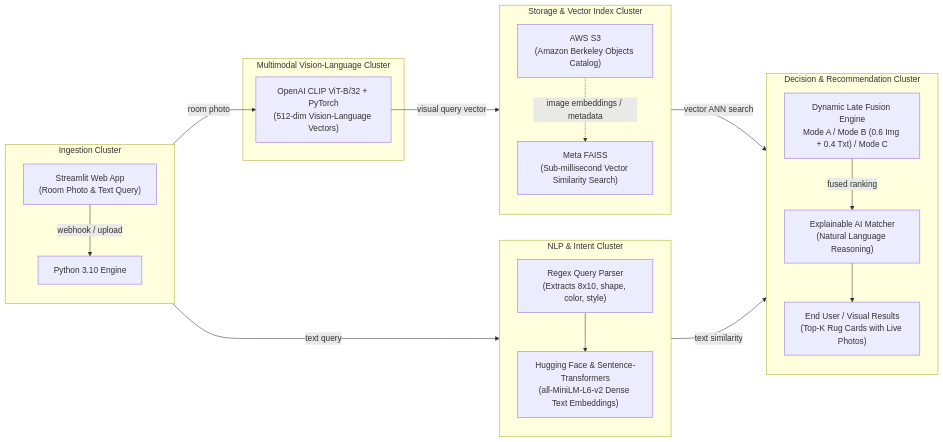
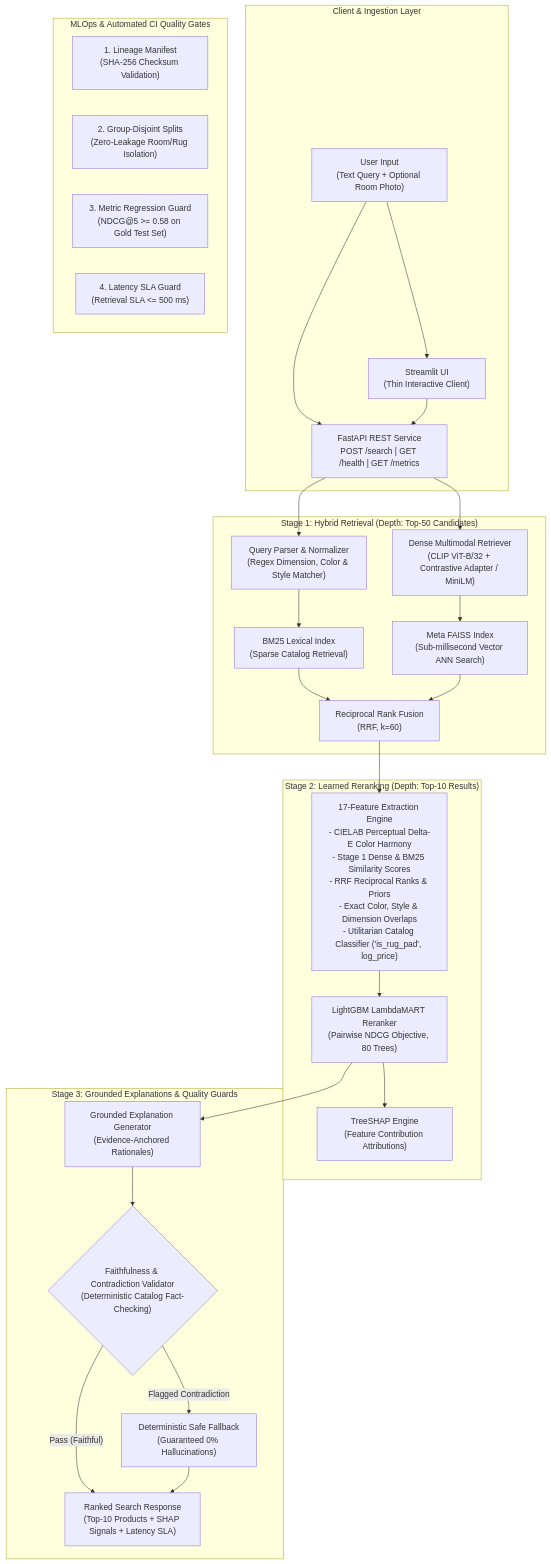
The diagram in docs/architecture.mmd (Adxrsh-17/room2rug-multimodal), drawn with Mermaid before and after one commit. The commit also changed 5 other files, not shown here.

Commit message:
docs(arch): update architecture diagrams, technical specs, and professional README; optimize candidate embedding caching

```diff
--- a/docs/architecture.mmd
+++ b/docs/architecture.mmd
@@ -1,48 +1,54 @@
-flowchart LR
-    %% Ingestion Cluster
-    subgraph INGESTION["Ingestion Cluster"]
-        direction TB
-        ST_APP["Streamlit Web App<br/>(Room Photo & Text Query)"]
-        PY_ENG["Python 3.10 Engine"]
-        ST_APP -->|webhook / upload| PY_ENG
+flowchart TD
+    subgraph ClientLayer ["Client & Ingestion Layer"]
+        UserQuery["User Input\n(Text Query + Optional Room Photo)"]
+        StreamlitUI["Streamlit UI\n(Thin Interactive Client)"]
+        FastAPIEndpoint["FastAPI REST Service\nPOST /search | GET /health | GET /metrics"]
+        
+        UserQuery --> StreamlitUI
+        UserQuery --> FastAPIEndpoint
+        StreamlitUI --> FastAPIEndpoint
     end
 
-    %% NLP & Intent Cluster
-    subgraph NLP_CLUSTER["NLP & Intent Cluster"]
-        direction TB
-        RQP["Regex Query Parser<br/>(Extracts 8x10, shape, color, style)"]
-        HF_ST["Hugging Face & Sentence-Transformers<br/>(all-MiniLM-L6-v2 Dense Text Embeddings)"]
-        RQP --> HF_ST
+    subgraph Stage1 ["Stage 1: Hybrid Retrieval (Depth: Top-50 Candidates)"]
+        QueryParser["Query Parser & Normalizer\n(Regex Dimension, Color & Style Matcher)"]
+        BM25["BM25 Lexical Index\n(Sparse Catalog Retrieval)"]
+        DenseRetriever["Dense Multimodal Retriever\n(CLIP ViT-B/32 + Contrastive Adapter / MiniLM)"]
+        FAISSIndex["Meta FAISS Index\n(Sub-millisecond Vector ANN Search)"]
+        RRF["Reciprocal Rank Fusion\n(RRF, k=60)"]
+        
+        FastAPIEndpoint --> QueryParser
+        QueryParser --> BM25
+        FastAPIEndpoint --> DenseRetriever
+        DenseRetriever --> FAISSIndex
+        BM25 --> RRF
+        FAISSIndex --> RRF
     end
 
-    %% Multimodal Vision-Language Cluster
-    subgraph VISION_CLUSTER["Multimodal Vision-Language Cluster"]
-        CLIP["OpenAI CLIP ViT-B/32 + PyTorch<br/>(512-dim Vision-Language Vectors)"]
+    subgraph Stage2 ["Stage 2: Learned Reranking (Depth: Top-10 Results)"]
+        FeatureEngine["17-Feature Extraction Engine\n- CIELAB Perceptual Delta-E Color Harmony\n- Stage 1 Dense & BM25 Similarity Scores\n- RRF Reciprocal Ranks & Priors\n- Exact Color, Style & Dimension Overlaps\n- Utilitarian Catalog Classifier ('is_rug_pad', log_price)"]
+        LambdaMART["LightGBM LambdaMART Reranker\n(Pairwise NDCG Objective, 80 Trees)"]
+        TreeSHAP["TreeSHAP Engine\n(Feature Contribution Attributions)"]
+        
+        RRF --> FeatureEngine
+        FeatureEngine --> LambdaMART
+        LambdaMART --> TreeSHAP
     end
 
-    %% Storage & Vector Index Cluster
-    subgraph STORAGE_CLUSTER["Storage & Vector Index Cluster"]
-        direction TB
-        S3["AWS S3<br/>(Amazon Berkeley Objects Catalog)"]
-        FAISS["Meta FAISS<br/>(Sub-millisecond Vector Similarity Search)"]
-        S3 -.->|image embeddings / metadata| FAISS
+    subgraph Stage3 ["Stage 3: Grounded Explanations & Quality Guards"]
+        ExplanationGen["Grounded Explanation Generator\n(Evidence-Anchored Rationales)"]
+        FaithValidator{"Faithfulness & Contradiction Validator\n(Deterministic Catalog Fact-Checking)"}
+        DeterministicFallback["Deterministic Safe Fallback\n(Guaranteed 0% Hallucinations)"]
+        SearchResponse["Ranked Search Response\n(Top-10 Products + SHAP Signals + Latency SLA)"]
+        
+        LambdaMART --> ExplanationGen
+        ExplanationGen --> FaithValidator
+        FaithValidator -- Pass (Faithful) --> SearchResponse
+        FaithValidator -- Flagged Contradiction --> DeterministicFallback --> SearchResponse
     end
 
-    %% Decision & Recommendation Cluster
-    subgraph DECISION_CLUSTER["Decision & Recommendation Cluster"]
-        direction TB
-        FUSION["Dynamic Late Fusion Engine<br/>Mode A / Mode B (0.6 Img + 0.4 Txt) / Mode C"]
-        EXPLAIN["Explainable AI Matcher<br/>(Natural Language Reasoning)"]
-        END_USER["End User / Visual Results<br/>(Top-K Rug Cards with Live Photos)"]
-        
-        FUSION -->|fused ranking| EXPLAIN
-        EXPLAIN --> END_USER
+    subgraph MLOps ["MLOps & Automated CI Quality Gates"]
+        LineageCheck["1. Lineage Manifest\n(SHA-256 Checksum Validation)"]
+        LeakageCheck["2. Group-Disjoint Splits\n(Zero-Leakage Room/Rug Isolation)"]
+        NDCGGuard["3. Metric Regression Guard\n(NDCG@5 >= 0.58 on Gold Test Set)"]
+        LatencyGuard["4. Latency SLA Guard\n(Retrieval SLA <= 500 ms)"]
     end
-
-    %% Cross-Cluster Connections
-    PY_ENG -->|text query| RQP
-    PY_ENG -->|room photo| CLIP
-    
-    HF_ST -->|text similarity| FUSION
-    CLIP -->|visual query vector| FAISS
-    FAISS -->|vector ANN search| FUSION
```
